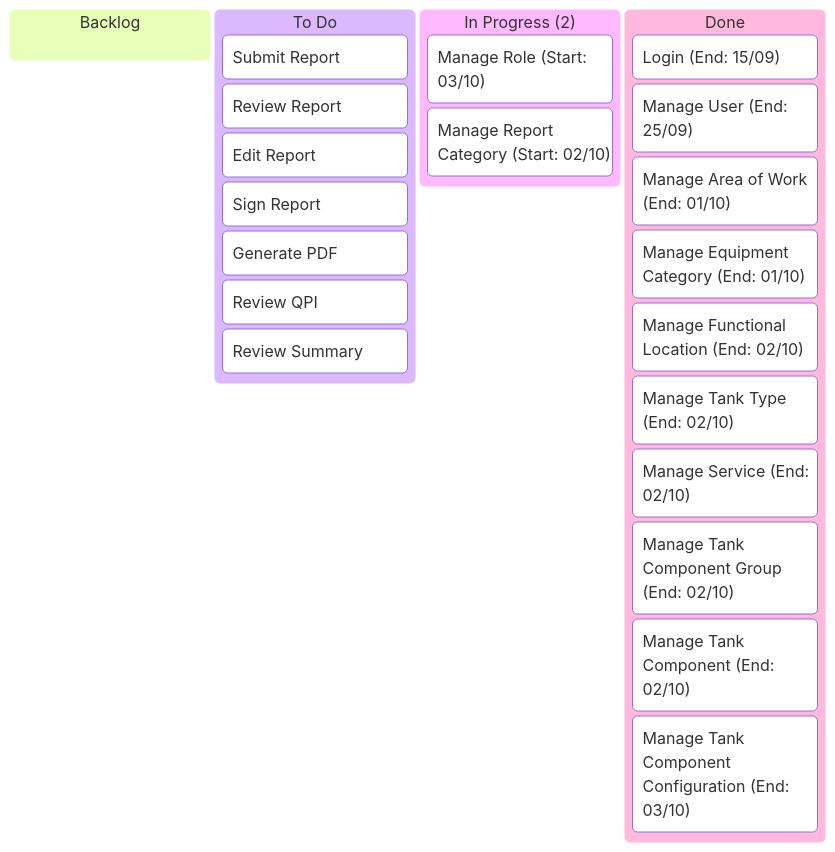
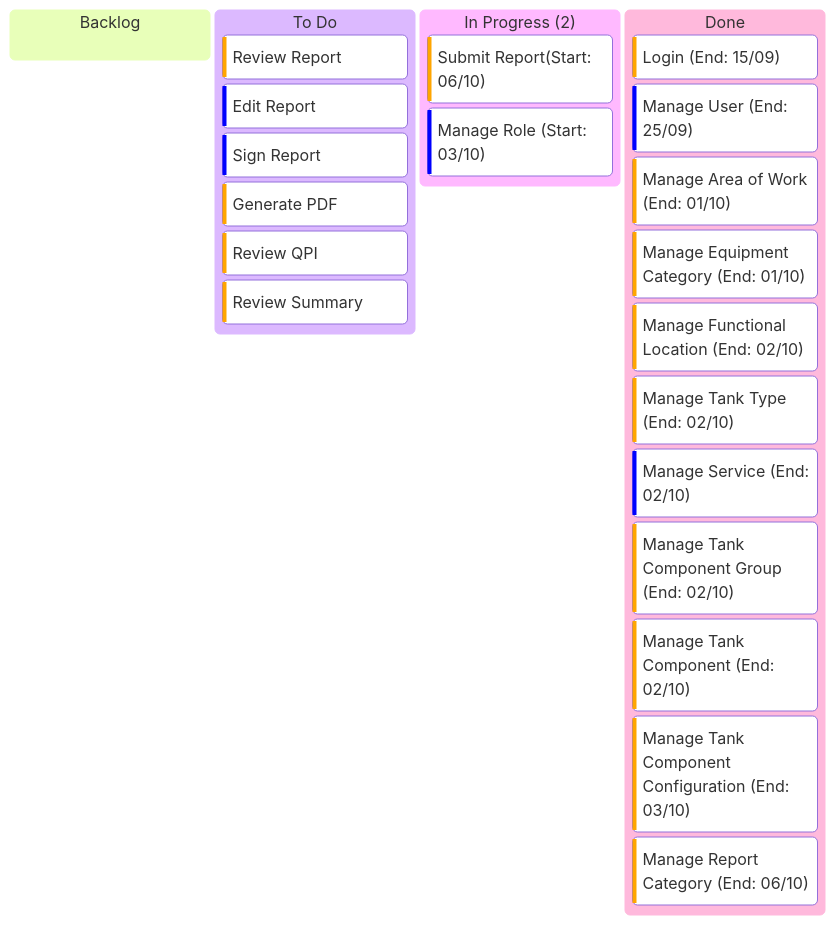
One commit to billdansr/kanban-boc-om changed the diagram in Kanban/02-Kanban.md. Above: the diagram before and after it, drawn with Mermaid. The commit also changed 10 other files, not shown here.

````diff
--- a/Kanban/02-Kanban.md
+++ b/Kanban/02-Kanban.md
@@ -3,30 +3,29 @@
 ```mermaid
 kanban
   backlog[Backlog]
 
   todo[To Do]
-	  t2[Submit Report]
-	  t3[Review Report]
-	  t4[Edit Report]
-	  t5[Sign Report]
-	  t6[Generate PDF]
-	  t7[Review QPI]
-	  t8[Review Summary]
+	  uc03[Review Report]@{priority: 'High'}
+	  uc04[Edit Report]@{priority: 'Low'}
+	  uc05[Sign Report]@{priority: 'Low'}
+	  uc06[Generate PDF]@{priority: 'High'}
+	  uc07[Review QPI]@{priority: 'High'}
+	  uc08[Review Summary]@{priority: 'High'}
 	  
   inprogress["In Progress (2)"]
-	  i10["Manage Role (Start: 03/10)"]
-	  i19["Manage Report Category (Start: 02/10)"]
-	  
+	  uc02["Submit Report(Start: 06/10)"]@{priority: 'High'}
+	  uc10["Manage Role (Start: 03/10)"]@{priority: 'Low'}
 
   done[Done]
-	  d1["Login (End: 15/09)"]
-	  d9["Manage User (End: 25/09)"]
-	  d11["Manage Area of Work (End: 01/10)"]
-	  d12["Manage Equipment Category (End: 01/10)"]
-	  d13["Manage Functional Location (End: 02/10)"]
-	  d14["Manage Tank Type (End: 02/10)"]
-	  d15["Manage Service (End: 02/10)"]
-	  d16["Manage Tank Component Group (End: 02/10)"]
-	  d17["Manage Tank Component (End: 02/10)"]
-	  d18["Manage Tank Component Configuration (End: 03/10)"]
+	  uc01["Login (End: 15/09)"]@{priority: 'High'}
+	  uc09["Manage User (End: 25/09)"]@{priority: 'Low'}
+	  uc11["Manage Area of Work (End: 01/10)"]@{priority: 'High'}
+	  uc12["Manage Equipment Category (End: 01/10)"]@{priority: 'High'}
+	  uc13["Manage Functional Location (End: 02/10)"]@{priority: 'High'}
+	  uc14["Manage Tank Type (End: 02/10)"]@{priority: 'High'}
+	  uc15["Manage Service (End: 02/10)"]@{priority: 'Low'}
+	  uc16["Manage Tank Component Group (End: 02/10)"]@{priority: 'High'}
+	  uc17["Manage Tank Component (End: 02/10)"]@{priority: 'High'}
+	  uc18["Manage Tank Component Configuration (End: 03/10)"]@{priority: 'High'}
+	  uc19["Manage Report Category (End: 06/10)"]@{priority: 'High'}
 ```
````
